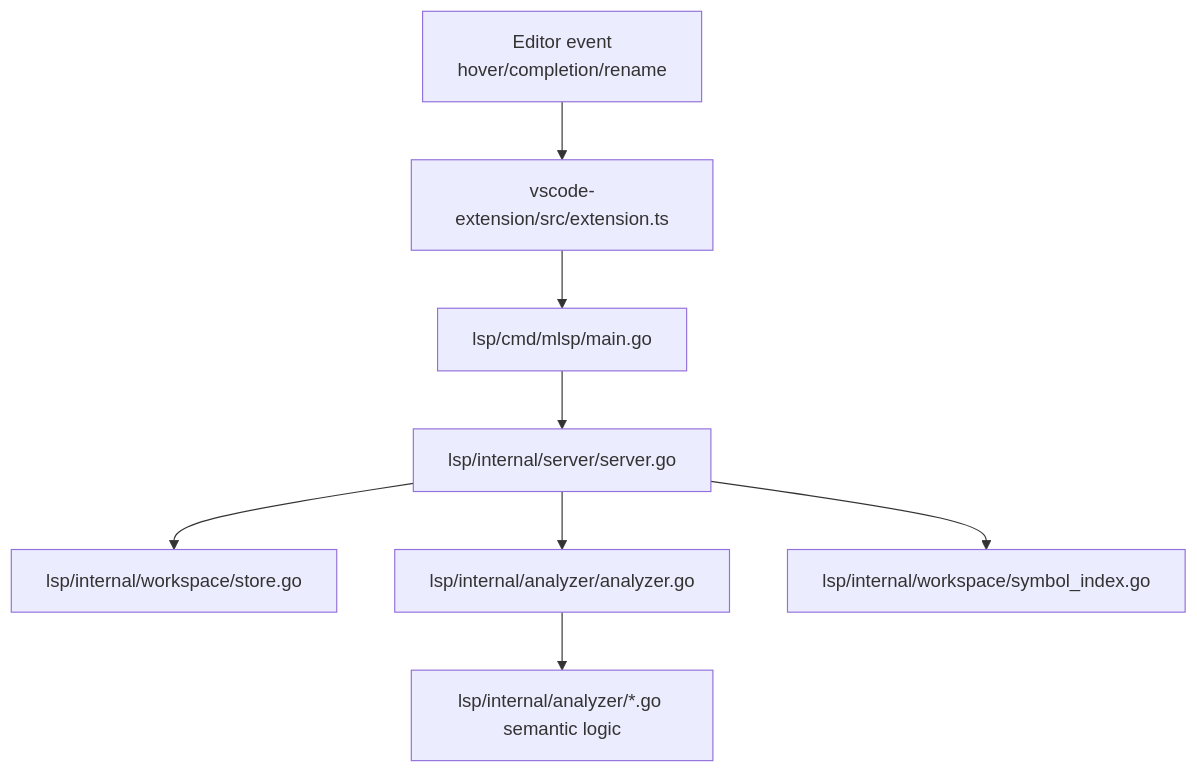
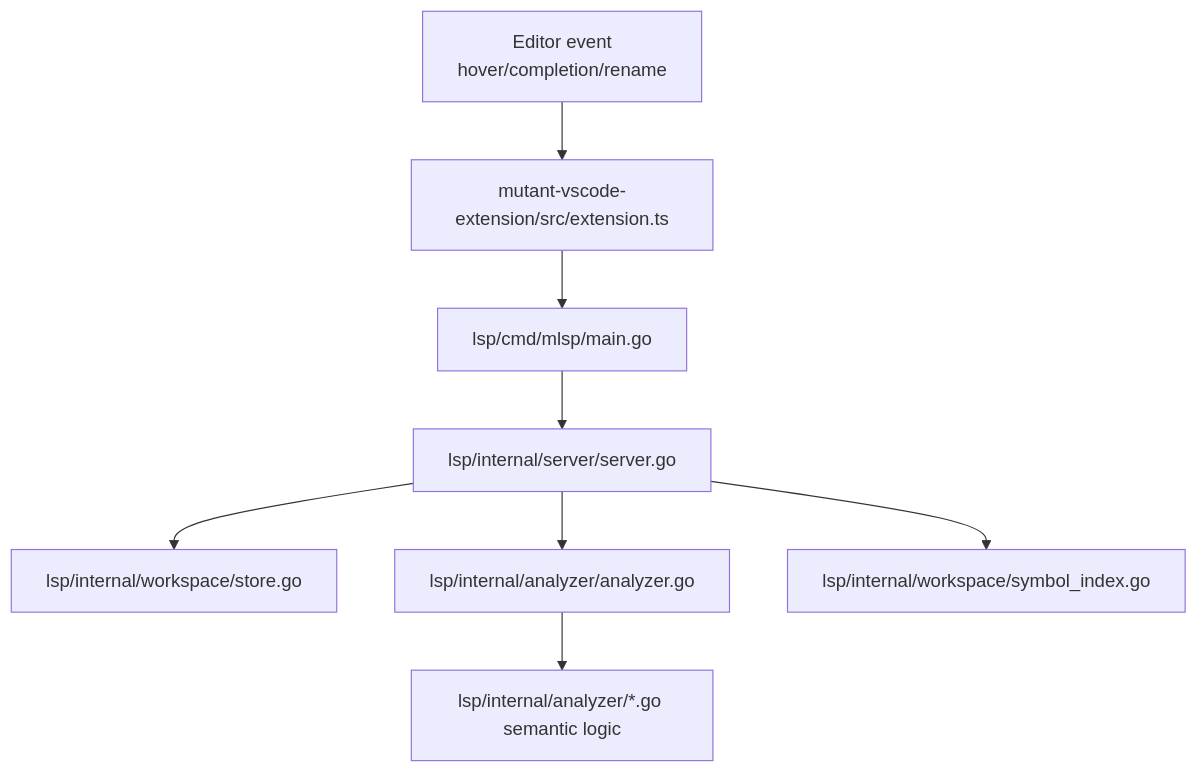
The diagram in docs/LSP_EXTENSION_ONBOARDING_60_MIN.md (aoiflux/mutant), drawn with Mermaid before and after one commit. The commit also changed other lines of this file and 37 other files, not shown here.

````diff
--- a/docs/LSP_EXTENSION_ONBOARDING_60_MIN.md
+++ b/docs/LSP_EXTENSION_ONBOARDING_60_MIN.md
@@ -82,10 +82,10 @@
 ```mermaid
 flowchart TD
-  E[Editor event\nhover/completion/rename] --> X[vscode-extension/src/extension.ts]
+  E[Editor event\nhover/completion/rename] --> X[mutant-vscode-extension/src/extension.ts]
   X --> Y[lsp/cmd/mlsp/main.go]
   Y --> Z[lsp/internal/server/server.go]
   Z --> A[lsp/internal/workspace/store.go]
   Z --> B[lsp/internal/analyzer/analyzer.go]
   Z --> C[lsp/internal/workspace/symbol_index.go]
   B --> D[lsp/internal/analyzer/*.go semantic logic]
 ```
````
